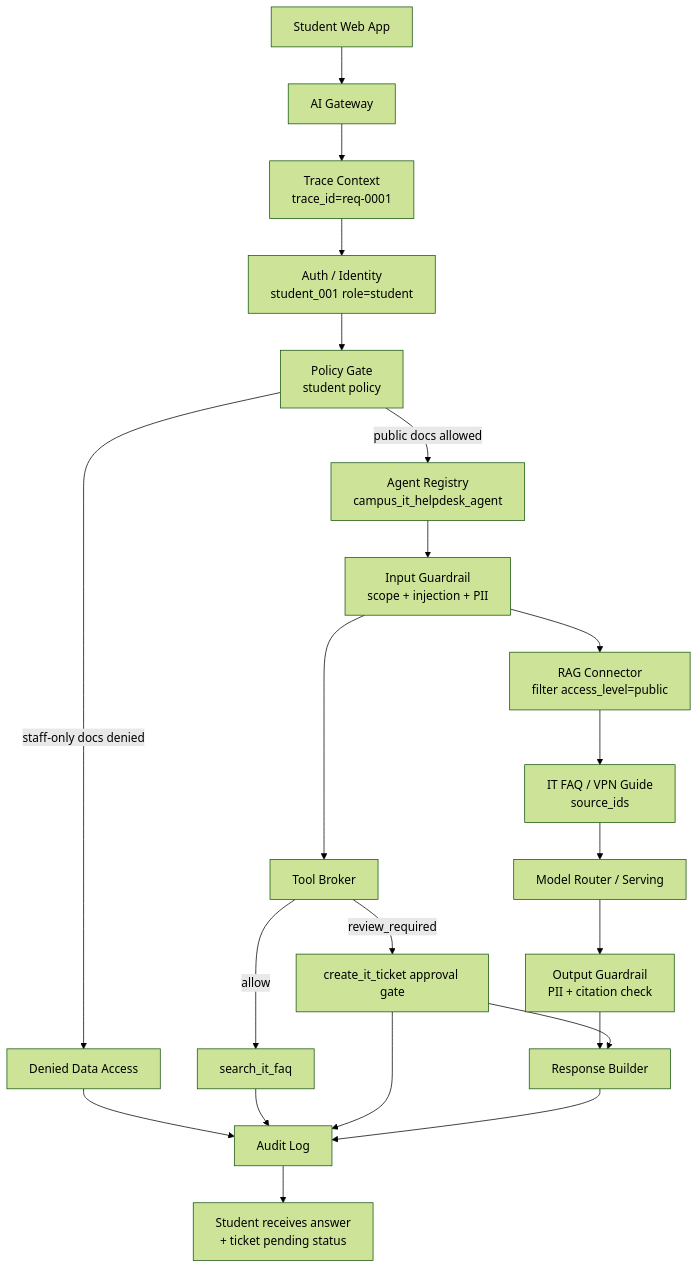
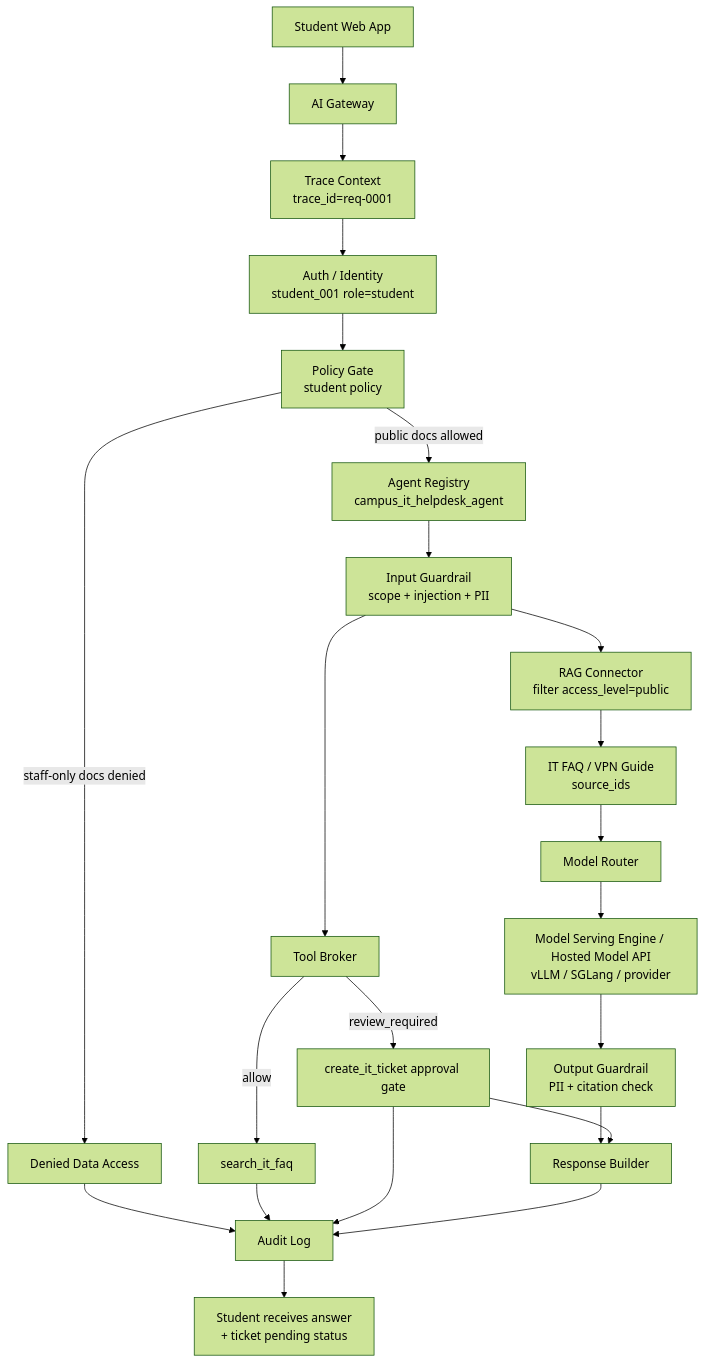
Before and after one commit to JasonLn0711/ai-systems-engineering-handbook: the diagram in accelerators/enterprise-ai-architecture-sprint/day-01-ai-gateway/reference-answer-campus-it.md, drawn with Mermaid (forest theme). The commit also changed other lines of this file and 7 other files, not shown here.

````diff
--- a/accelerators/enterprise-ai-architecture-sprint/day-01-ai-gateway/reference-answer-campus-it.md
+++ b/accelerators/enterprise-ai-architecture-sprint/day-01-ai-gateway/reference-answer-campus-it.md
@@ -149,29 +163,30 @@
 ```mermaid
 flowchart TD
     C[Student Web App] --> G[AI Gateway]
     G --> T[Trace Context\ntrace_id=req-0001]
     T --> I[Auth / Identity\nstudent_001 role=student]
     I --> P[Policy Gate\nstudent policy]
 
     P -->|public docs allowed| AR[Agent Registry\ncampus_it_helpdesk_agent]
     P -->|staff-only docs denied| DENY[Denied Data Access]
 
     AR --> IG[Input Guardrail\nscope + injection + PII]
     IG --> RAG[RAG Connector\nfilter access_level=public]
     RAG --> FAQ[IT FAQ / VPN Guide\nsource_ids]
-    FAQ --> MR[Model Router / Serving]
+    FAQ --> MR[Model Router]
+    MR --> MS[Model Serving Engine / Hosted Model API\nvLLM / SGLang / provider]
 
     IG --> TB[Tool Broker]
     TB -->|allow| SEARCH[search_it_faq]
     TB -->|review_required| REVIEW[create_it_ticket approval gate]
 
-    MR --> OG[Output Guardrail\nPII + citation check]
+    MS --> OG[Output Guardrail\nPII + citation check]
     OG --> RB[Response Builder]
     REVIEW --> RB
 
     DENY --> AU[Audit Log]
     SEARCH --> AU
     REVIEW --> AU
     RB --> AU
     AU --> OUT[Student receives answer\n+ ticket pending status]
 ```
````
